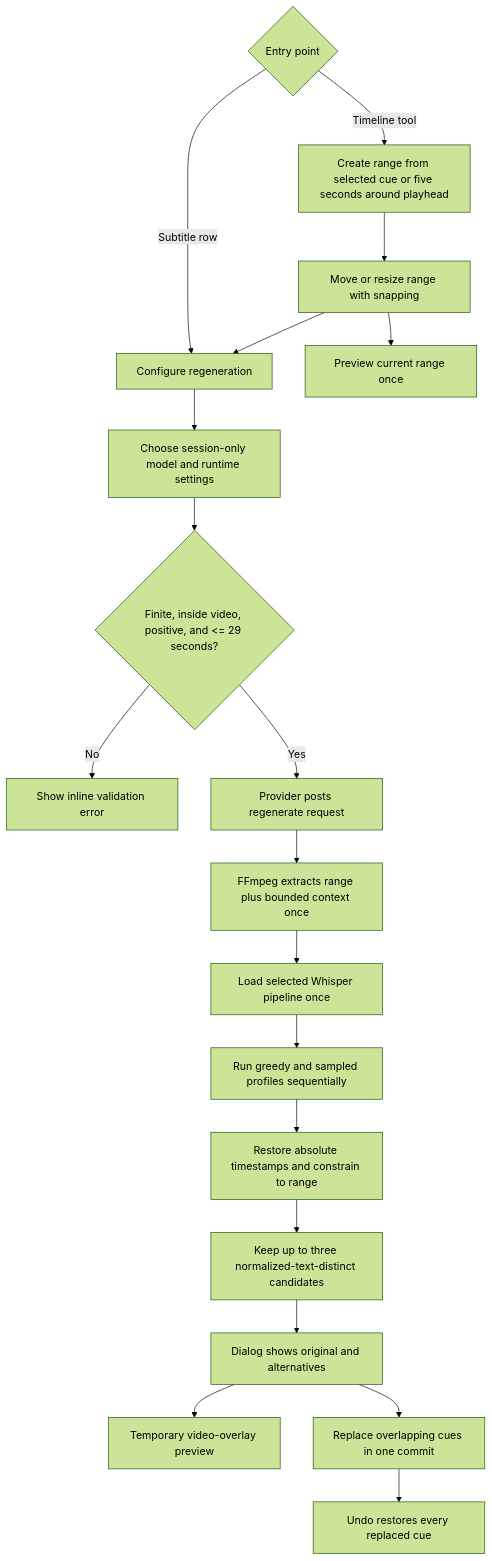
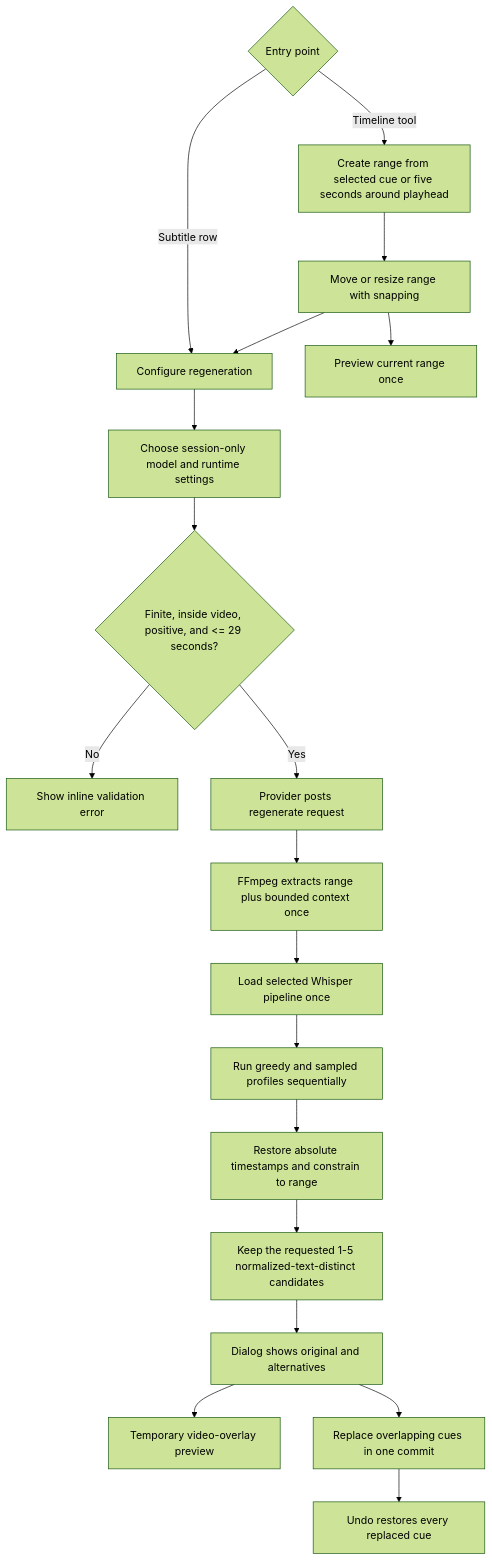
The tenth of 18 diagrams in docs/project-state.md (zxyandreay/auto-subtitle), drawn with Mermaid (forest theme) before and after one commit. The commit also changed other lines of this file and 14 other files, not shown here.

````diff
--- a/docs/project-state.md
+++ b/docs/project-state.md
@@ -815,21 +815,21 @@
 ```mermaid
 flowchart TD
     Start{"Entry point"} -->|"Timeline tool"| Select["Create range from selected cue or five seconds around playhead"]
     Start -->|"Subtitle row"| Dialog["Dialog opens with cue range"]
     Select --> Adjust["Move or resize range with snapping"]
     Adjust --> PreviewRange["Preview current range once"]
     Adjust --> Dialog["Configure regeneration"]
     Dialog --> Settings["Choose session-only model and runtime settings"]
     Settings --> Validate{"Finite, inside video, positive, and <= 29 seconds?"}
     Validate -->|No| RangeError["Show inline validation error"]
     Validate -->|Yes| Request["Provider posts regenerate request"]
     Request --> Extract["FFmpeg extracts range plus bounded context once"]
     Extract --> Load["Load selected Whisper pipeline once"]
     Load --> Profiles["Run greedy and sampled profiles sequentially"]
     Profiles --> Normalize["Restore absolute timestamps and constrain to range"]
-    Normalize --> Dedupe["Keep up to three normalized-text-distinct candidates"]
+    Normalize --> Dedupe["Keep the requested 1-5 normalized-text-distinct candidates"]
     Dedupe --> Compare["Dialog shows original and alternatives"]
     Compare --> Preview["Temporary video-overlay preview"]
     Compare --> Apply["Replace overlapping cues in one commit"]
     Apply --> Undo["Undo restores every replaced cue"]
 ```
````
